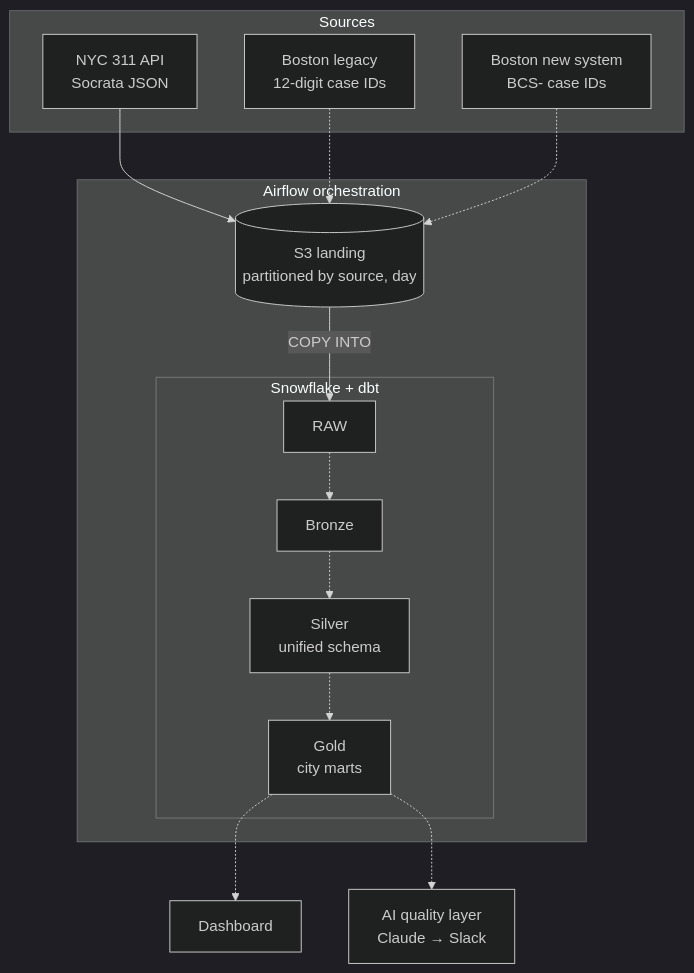
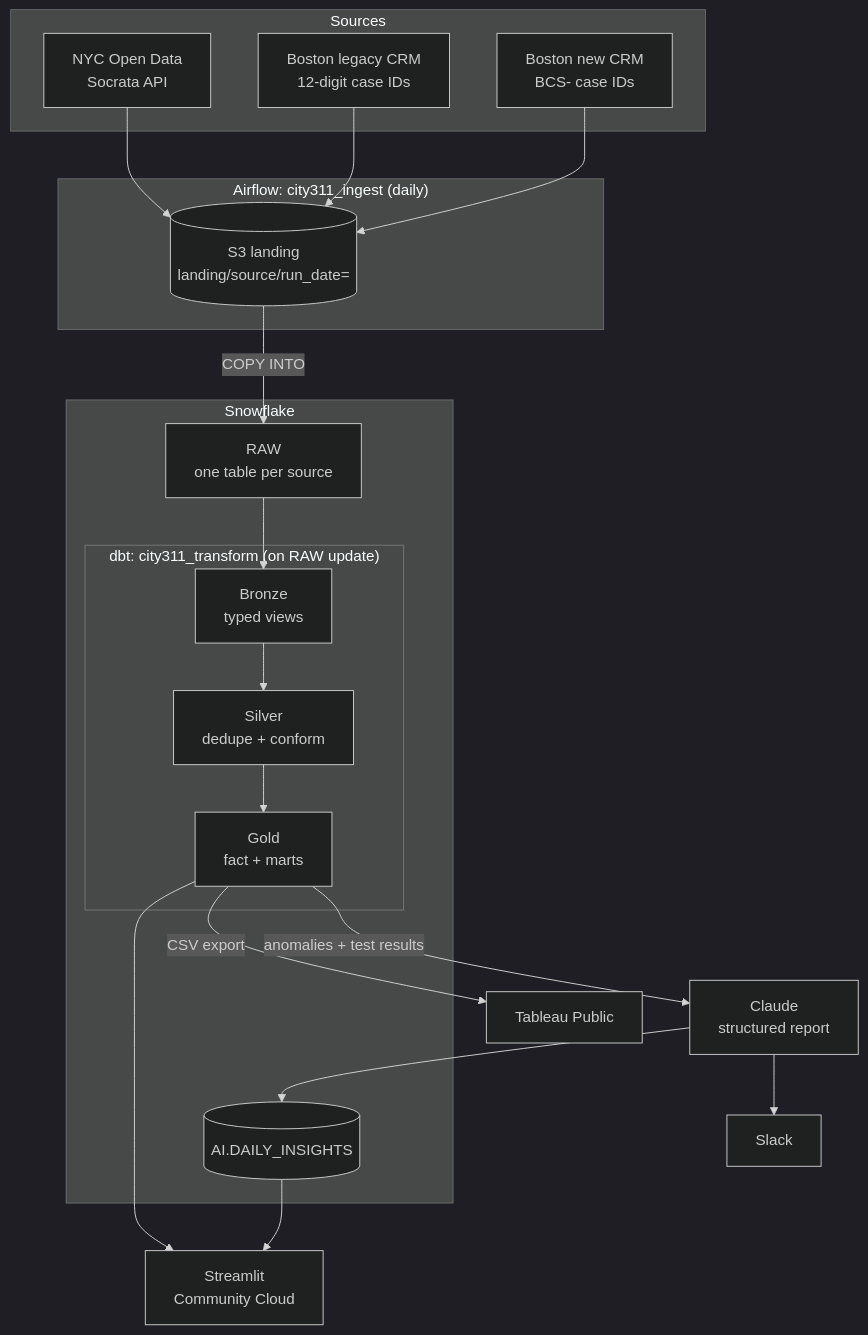
Before and after one commit to CHARLESojini/city311-pipeline: the diagram in README.md, drawn with Mermaid (dark theme). The commit also changed other lines of this file and 16 other files, not shown here.

First line of the commit message:
feat(dashboard): Streamlit app, Tableau CSV exports, docs (#10)

````diff
--- a/README.md
+++ b/README.md
@@ -9,20 +17,28 @@
 ```mermaid
 flowchart TD
     subgraph Sources
-        NYC[NYC 311 API<br/>Socrata JSON]
-        BL[Boston legacy<br/>12-digit case IDs]
-        BN[Boston new system<br/>BCS- case IDs]
+        NYC[NYC Open Data<br/>Socrata API]
+        BL[Boston legacy CRM<br/>12-digit case IDs]
+        BN[Boston new CRM<br/>BCS- case IDs]
     end
-    subgraph Airflow["Airflow orchestration"]
-        S3[(S3 landing<br/>partitioned by source, day)]
-        subgraph SF["Snowflake + dbt"]
-            RAW[RAW] -.-> BR[Bronze] -.-> SI[Silver<br/>unified schema] -.-> GO[Gold<br/>city marts]
+    subgraph Ingest["Airflow: city311_ingest (daily)"]
+        S3[(S3 landing<br/>landing/source/run_date=)]
+    end
+    subgraph SF["Snowflake"]
+        RAW[RAW<br/>one table per source]
+        subgraph DBT["dbt: city311_transform (on RAW update)"]
+            BR[Bronze<br/>typed views] --> SI[Silver<br/>dedupe + conform] --> GO[Gold<br/>fact + marts]
         end
-        S3 -->|COPY INTO| RAW
+        AIT[(AI.DAILY_INSIGHTS)]
     end
     NYC --> S3
-    BL -.-> S3
-    BN -.-> S3
-    GO -.-> DASH[Dashboard]
-    GO -.-> AI[AI quality layer<br/>Claude → Slack]
+    BL --> S3
+    BN --> S3
+    S3 -->|COPY INTO| RAW --> BR
+    GO -->|anomalies + test results| CL[Claude<br/>structured report]
+    CL --> AIT
+    CL --> SL[Slack]
+    GO --> ST[Streamlit<br/>Community Cloud]
+    AIT --> ST
+    GO -->|CSV export| TB[Tableau Public]
 ```
````
